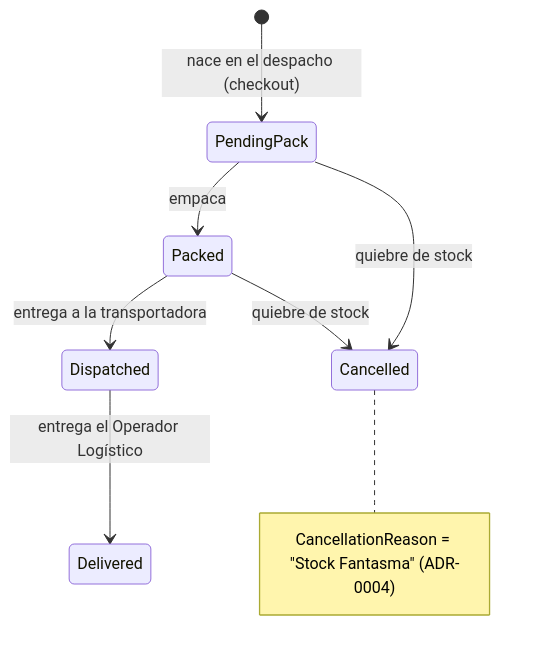
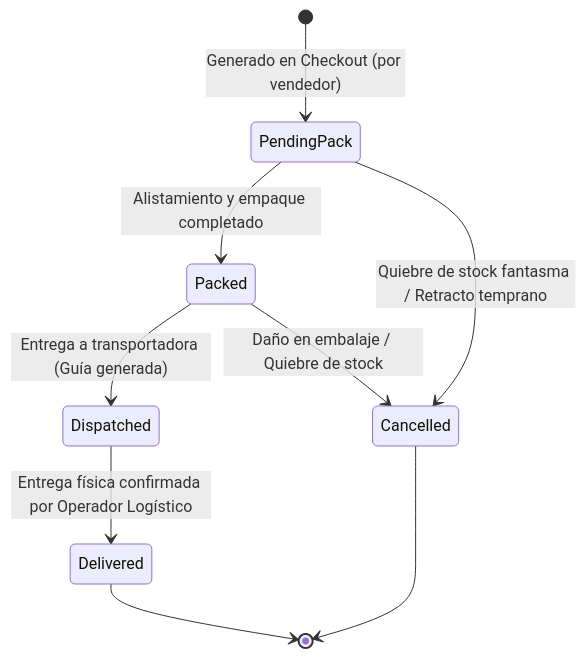
The second of 6 diagrams in backendSDD/Domain/07-lifecycle.md (D-MachadoDev/Zentric), drawn with Mermaid before and after one commit. The commit also changed other lines of this file, not shown here.

````diff
--- a/backendSDD/Domain/07-lifecycle.md
+++ b/backendSDD/Domain/07-lifecycle.md
@@ -52,12 +60,11 @@
 ```mermaid
 stateDiagram-v2
-    [*] --> PendingPack : nace en el despacho (checkout)
-    PendingPack --> Packed : empaca
-    Packed --> Dispatched : entrega a la transportadora
-    Dispatched --> Delivered : entrega el Operador Logístico
-    PendingPack --> Cancelled : quiebre de stock
-    Packed --> Cancelled : quiebre de stock
-    note right of Cancelled
-        CancellationReason = "Stock Fantasma" (ADR-0004)
-    end note
+    [*] --> PendingPack : Generado en Checkout (por vendedor)
+    PendingPack --> Packed : Alistamiento y empaque completado
+    PendingPack --> Cancelled : Quiebre de stock fantasma / Retracto temprano
+    Packed --> Dispatched : Entrega a transportadora (Guía generada)
+    Packed --> Cancelled : Daño en embalaje / Quiebre de stock
+    Dispatched --> Delivered : Entrega física confirmada por Operador Logístico
+    Delivered --> [*]
+    Cancelled --> [*]
 ```
````
